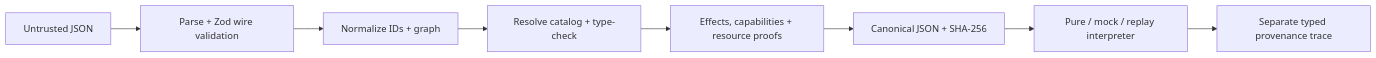
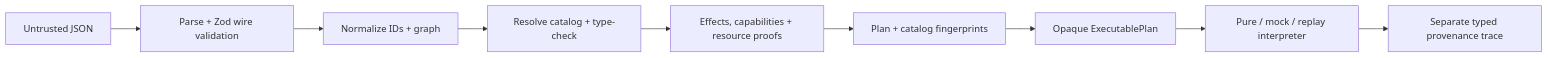
Before and after one commit to nicia-ai/lachesis: the first of 2 diagrams in docs/architecture.md, drawn with Mermaid. The commit also changed other lines of this file and 21 other files, not shown here.

````diff
--- a/docs/architecture.md
+++ b/docs/architecture.md
@@ -5,10 +5,11 @@
 ```mermaid
 flowchart LR
   JSON["Untrusted JSON"] --> PARSE["Parse + Zod wire validation"]
   PARSE --> NORMALIZE["Normalize IDs + graph"]
   NORMALIZE --> CHECK["Resolve catalog + type-check"]
   CHECK --> ANALYZE["Effects, capabilities + resource proofs"]
-  ANALYZE --> CANON["Canonical JSON + SHA-256"]
-  CANON --> EXEC["Pure / mock / replay interpreter"]
+  ANALYZE --> CANON["Plan + catalog fingerprints"]
+  CANON --> ARTIFACT["Opaque ExecutablePlan"]
+  ARTIFACT --> EXEC["Pure / mock / replay interpreter"]
   EXEC --> TRACE["Separate typed provenance trace"]
 ```
````
